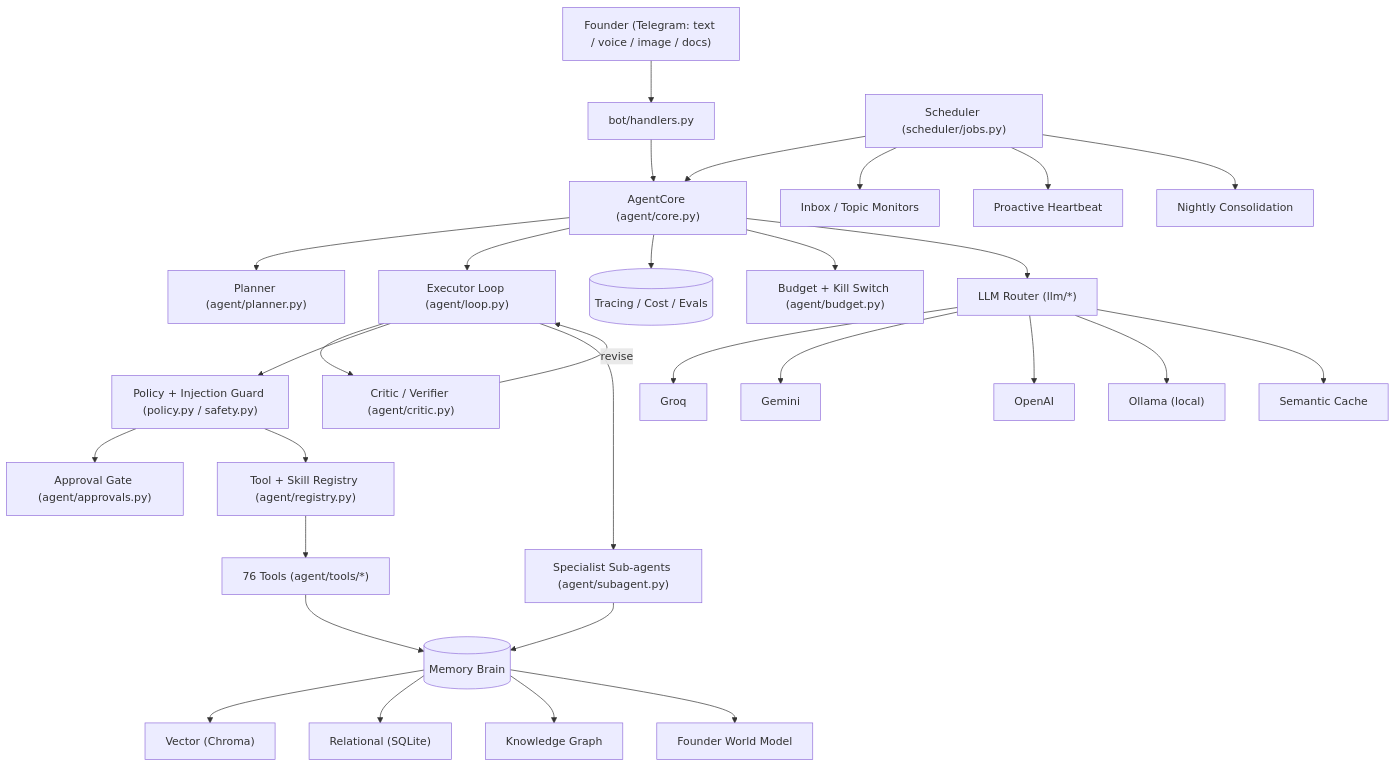
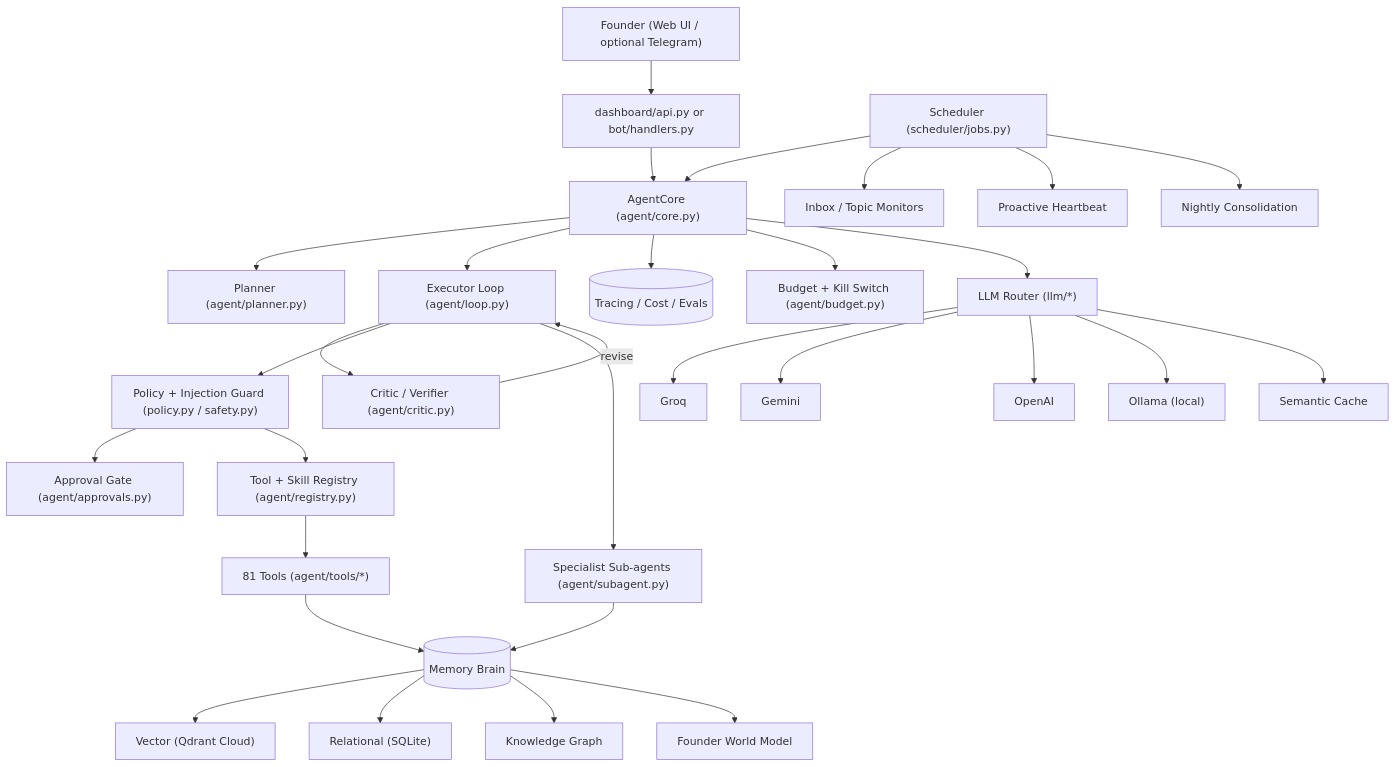
Before and after one commit to Vinayak-RZ/Founder-OS: the first of 5 diagrams in README.md, drawn with Mermaid. The commit also changed other lines of this file, not shown here.

Commit message:
docs: fix README accuracy, section order, and Qdrant/web-first alignment

````diff
--- a/README.md
+++ b/README.md
@@ -169,36 +173,36 @@
 ```mermaid
 flowchart TD
-    user["Founder (Telegram: text / voice / image / docs)"] --> bot["bot/handlers.py"]
-    bot --> core["AgentCore (agent/core.py)"]
+    user["Founder (Web UI / optional Telegram)"] --> ui["dashboard/api.py or bot/handlers.py"]
+    ui --> core["AgentCore (agent/core.py)"]
 
     core --> planner["Planner (agent/planner.py)"]
     core --> loop["Executor Loop (agent/loop.py)"]
     loop --> critic["Critic / Verifier (agent/critic.py)"]
     critic -->|revise| loop
 
     loop --> policy["Policy + Injection Guard (policy.py / safety.py)"]
     policy --> approvals["Approval Gate (agent/approvals.py)"]
     policy --> registry["Tool + Skill Registry (agent/registry.py)"]
 
-    registry --> tools["76 Tools (agent/tools/*)"]
+    registry --> tools["81 Tools (agent/tools/*)"]
     loop --> subagents["Specialist Sub-agents (agent/subagent.py)"]
 
     tools --> brain[("Memory Brain")]
     subagents --> brain
-    brain --> vec["Vector (Chroma)"]
+    brain --> vec["Vector (Qdrant Cloud)"]
     brain --> sql["Relational (SQLite)"]
     brain --> kg["Knowledge Graph"]
     brain --> world["Founder World Model"]
 
     core --> trace[("Tracing / Cost / Evals")]
     core --> budget["Budget + Kill Switch (agent/budget.py)"]
 
     sched["Scheduler (scheduler/jobs.py)"] --> core
     sched --> monitors["Inbox / Topic Monitors"]
     sched --> heartbeat["Proactive Heartbeat"]
     sched --> consolidate["Nightly Consolidation"]
 
     core --> llm["LLM Router (llm/*)"]
     llm --> groq["Groq"] & gemini["Gemini"] & openai["OpenAI"] & ollama["Ollama (local)"]
     llm --> cache["Semantic Cache"]
 ```
````
